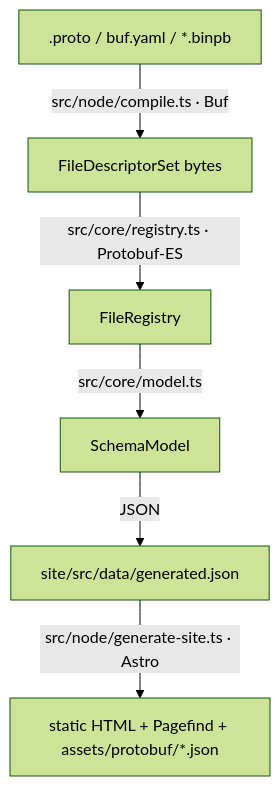
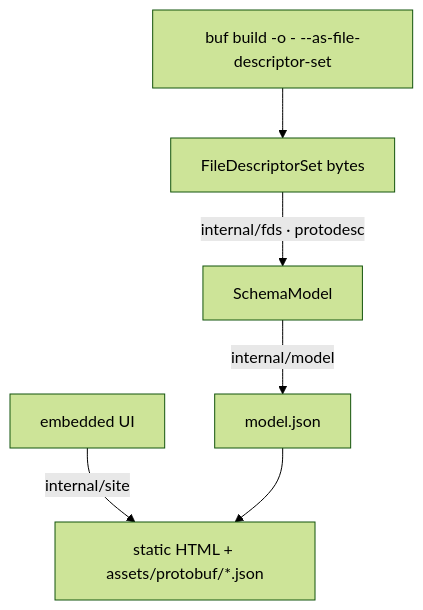
The diagram in AGENTS.md (ymmt2005/pbschema-lens), drawn with Mermaid (forest theme) before and after one commit. The commit also changed other lines of this file and 94 other files, not shown here.

````diff
--- a/AGENTS.md
+++ b/AGENTS.md
@@ -29,15 +36,15 @@
 ```mermaid
 flowchart TD
-  inputs[".proto / buf.yaml / *.binpb"]
+  buf["buf build -o - --as-file-descriptor-set"]
   fds["FileDescriptorSet bytes"]
-  registry["FileRegistry"]
   model["SchemaModel"]
-  json["site/src/data/generated.json"]
-  out["static HTML + Pagefind + assets/protobuf/*.json"]
+  json["model.json"]
+  ui["embedded UI"]
+  out["static HTML + assets/protobuf/*.json"]
 
-  inputs -->|"src/node/compile.ts · Buf"| fds
-  fds -->|"src/core/registry.ts · Protobuf-ES"| registry
-  registry -->|"src/core/model.ts"| model
-  model -->|"JSON"| json
-  json -->|"src/node/generate-site.ts · Astro"| out
+  buf --> fds
+  fds -->|"internal/fds · protodesc"| model
+  model -->|"internal/model"| json
+  ui -->|"internal/site"| out
+  json --> out
 ```
````
